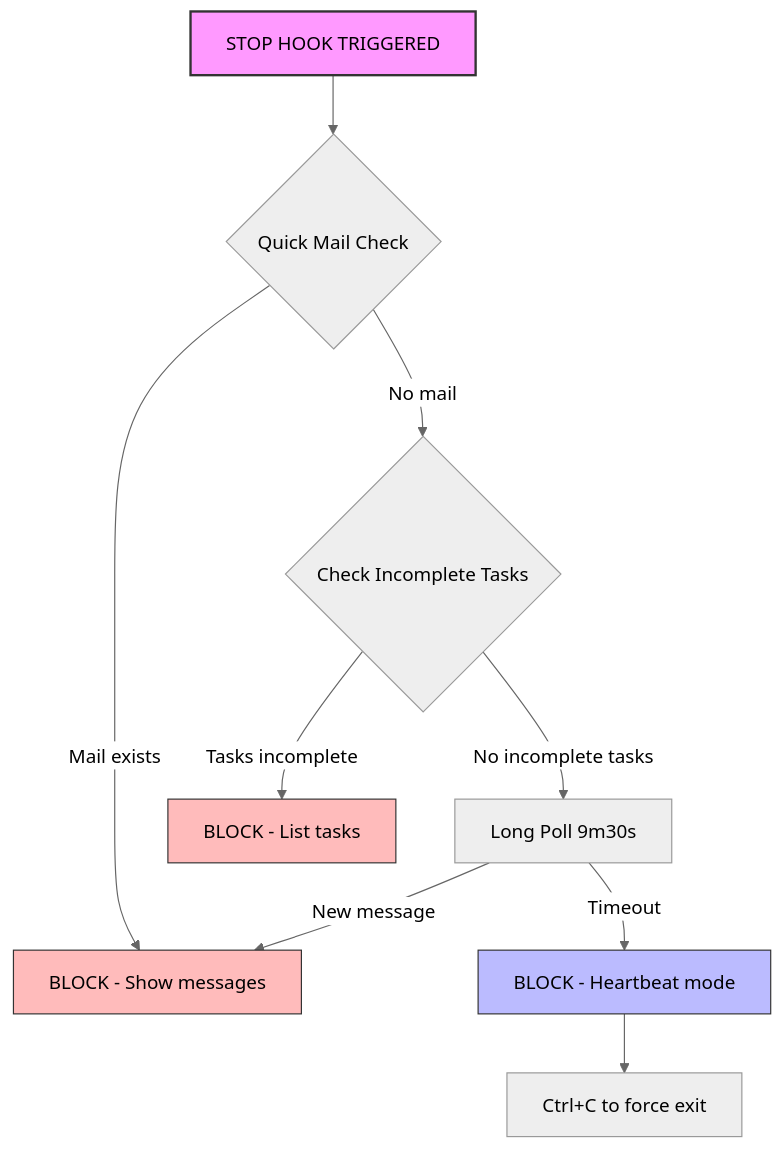
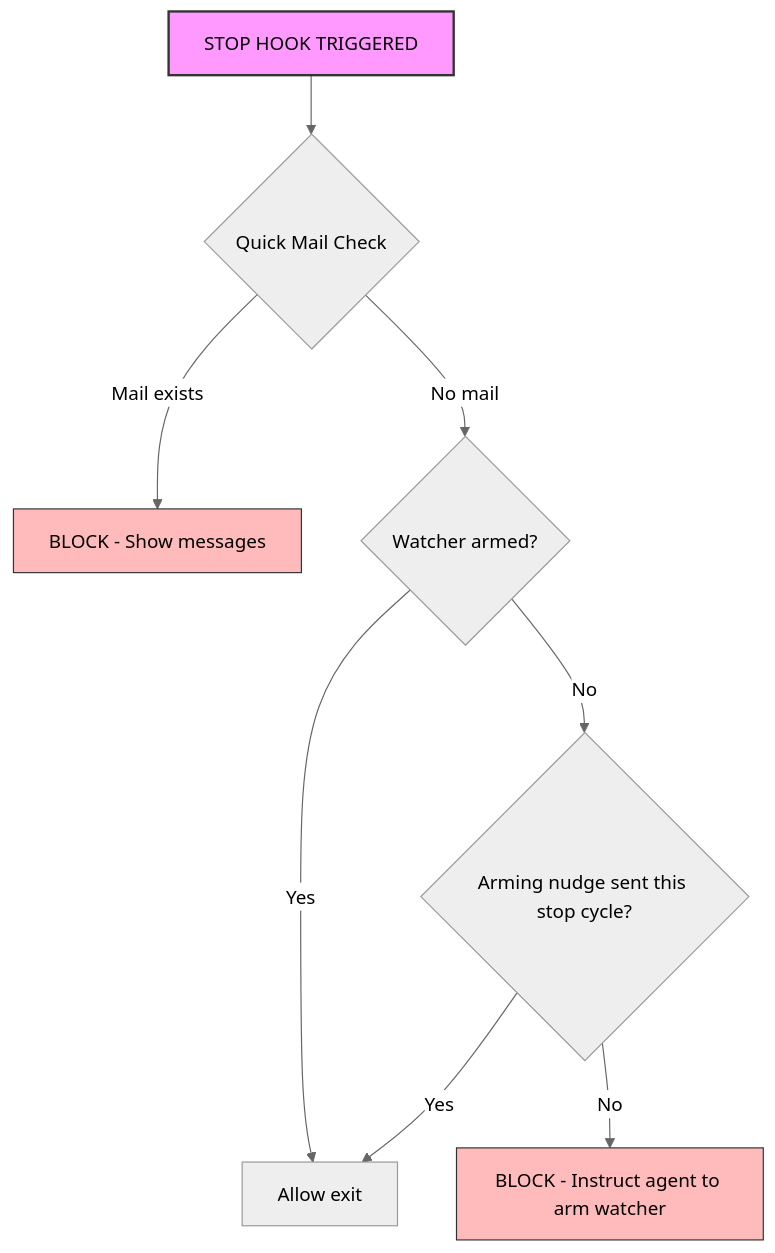
One commit to Roasbeef/substrate changed the first of 6 diagrams in docs/HOOKS.md. Above: the diagram before and after it, drawn with Mermaid (neutral theme). The commit also changed other lines of this file and 5 other files, not shown here.

````diff
--- a/docs/HOOKS.md
+++ b/docs/HOOKS.md
@@ -61,16 +62,14 @@
 ```mermaid
 flowchart TD
     A[STOP HOOK TRIGGERED] --> B{Quick Mail Check}
     B -->|Mail exists| C[BLOCK - Show messages]
-    B -->|No mail| D{Check Incomplete Tasks}
-    D -->|Tasks incomplete| E[BLOCK - List tasks]
-    D -->|No incomplete tasks| F[Long Poll 9m30s]
-    F -->|New message| C
-    F -->|Timeout| G[BLOCK - Heartbeat mode]
-    G --> H[Ctrl+C to force exit]
+    B -->|No mail| D{Watcher armed?}
+    D -->|Yes| E[Allow exit]
+    D -->|No| F{Arming nudge sent this stop cycle?}
+    F -->|Yes| E
+    F -->|No| G[BLOCK - Instruct agent to arm watcher]
 
     style A fill:#f9f,stroke:#333,stroke-width:2px
     style C fill:#fbb,stroke:#333
-    style E fill:#fbb,stroke:#333
-    style G fill:#bbf,stroke:#333
+    style G fill:#fbb,stroke:#333
 ```
````
